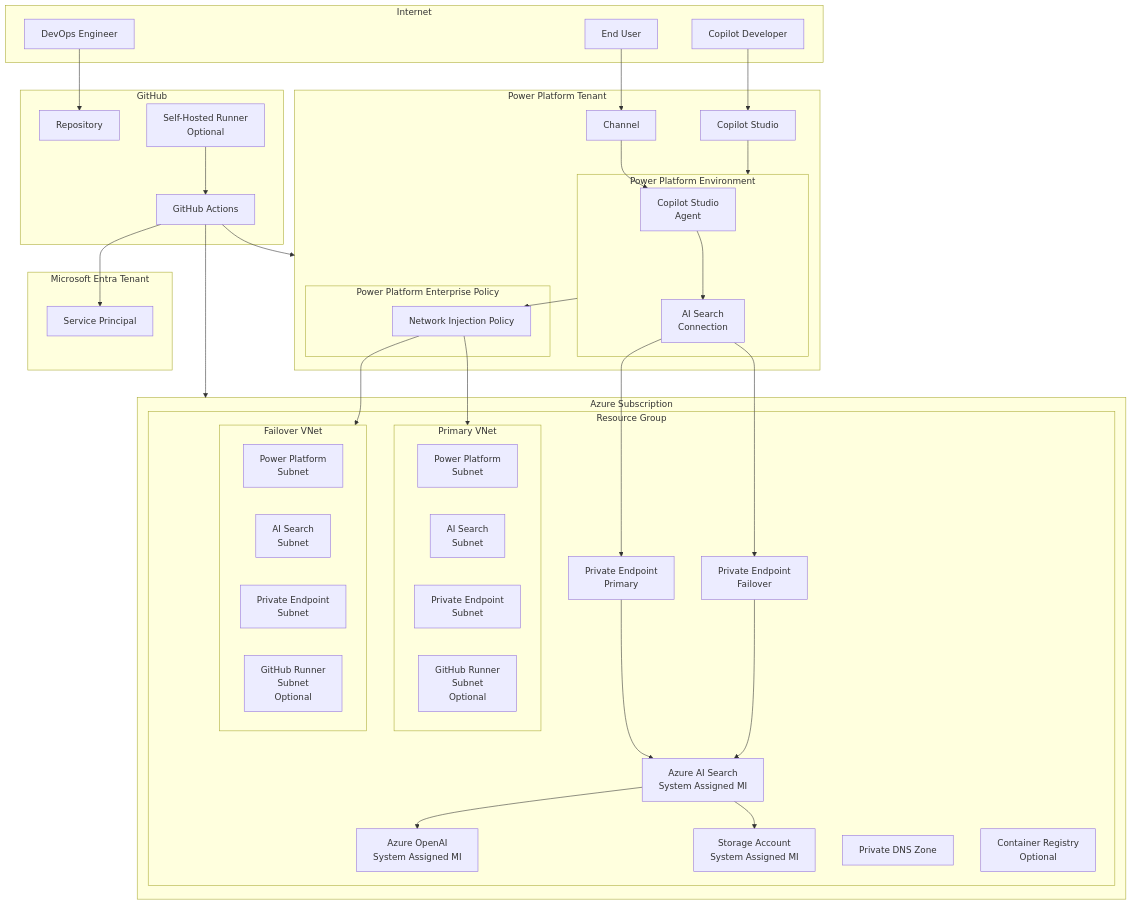
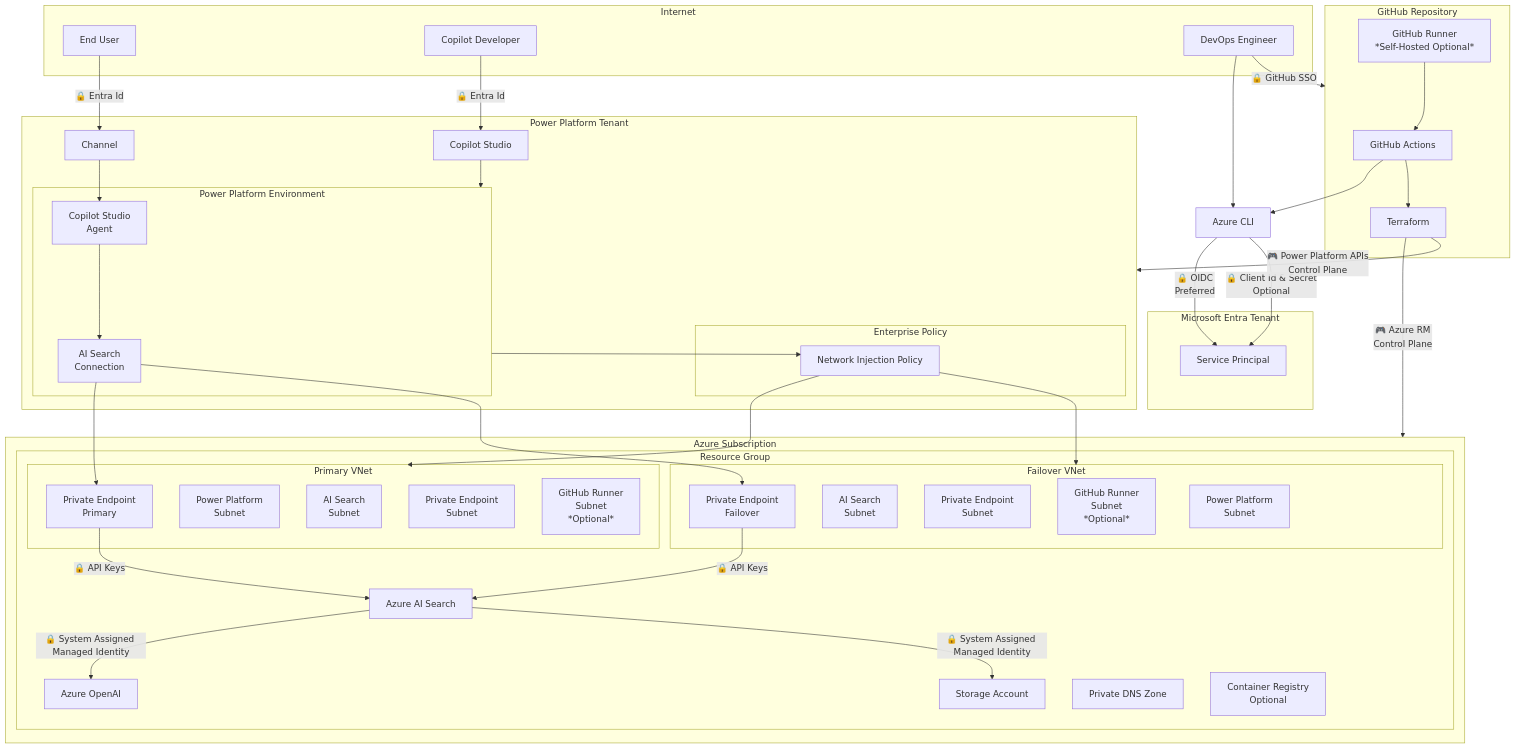
The first of 3 diagrams in docs/security_considerations.md (Azure-Samples/Copilot-Studio-with-Azure-AI-Search), drawn with Mermaid before and after one commit. The commit also changed other lines of this file, not shown here.

Commit message:
docs: update security considerations with quick start checklist and enhanced diagrams

````diff
--- a/docs/security_considerations.md
+++ b/docs/security_considerations.md
@@ -58,37 +59,39 @@
 graph TB
     subgraph "Internet"
         User[End User]
+        Maker[Copilot Developer]
         DevOps[DevOps Engineer]
-        Maker[Copilot Developer]
     end
     
-    subgraph "GitHub"
-        GH_Repo[Repository]
+    subgraph GH_Repo[GitHub Repository]
         GH_Actions[GitHub Actions]
-        GH_Runner[Self-Hosted Runner<br/>Optional]
+        GH_Runner[GitHub Runner<br/>*Self-Hosted Optional*]
+        GH_Terraform[Terraform]
     end
     
     subgraph AZS[Azure Subscription]
         subgraph "Resource Group"
             subgraph PVNET[Primary VNet]
+                PE1[Private Endpoint<br/>Primary]
                 PP_Subnet[Power Platform<br/>Subnet]
                 AIS_Subnet[AI Search<br/>Subnet] 
                 PE_Subnet[Private Endpoint<br/>Subnet]
-                GHR_Subnet[GitHub Runner<br/>Subnet<br/>Optional]
+                GHR_Subnet[GitHub Runner<br/>Subnet<br/>*Optional*]
             end
             
             subgraph FVNET[Failover VNet]
                 PP_Subnet_F[Power Platform<br/>Subnet]
                 AIS_Subnet_F[AI Search<br/>Subnet]
                 PE_Subnet_F[Private Endpoint<br/>Subnet]
-                GHR_Subnet_F[GitHub Runner<br/>Subnet<br/>Optional]
+                GHR_Subnet_F[GitHub Runner<br/>Subnet<br/>*Optional*]
+                PE2[Private Endpoint<br/>Failover]
             end
             
-            AOAI[Azure OpenAI<br/>System Assigned MI]
-            AIS[Azure AI Search<br/>System Assigned MI]
-            Storage[Storage Account<br/>System Assigned MI]
-            PE1[Private Endpoint<br/>Primary]
-            PE2[Private Endpoint<br/>Failover]
+            AOAI[Azure OpenAI]
+            AIS[Azure AI Search]
+            Storage[Storage Account]
+
+            
             DNS[Private DNS Zone]
             ACR[Container Registry<br/>Optional]
         end
@@ -101,7 +104,7 @@
         end
         Channel[Channel]
         MCS[Copilot Studio]
-        subgraph PPEP[Power Platform Enterprise Policy]
+        subgraph PPEP[Enterprise Policy]
             NIP[Network Injection Policy]
         end
     end
@@ -109,27 +112,33 @@
     subgraph "Microsoft Entra Tenant"
         ENTRA_SP[Service Principal]
     end
+
+    AZCLI[Azure CLI]
     
-    Maker --> MCS
+    Maker --> |🔒 Entra Id| MCS
     MCS --> PP_Env
-    User --> Channel
+    User --> |🔒 Entra Id| Channel
     Channel --> CS_Agent
     CS_Agent --> PP_Conn
     PP_Conn --> PE1
     PP_Conn --> PE2
-    PE1 --> AIS
-    PE2 --> AIS
-    AIS --> AOAI
-    AIS --> Storage
+    PE1 -->  |🔒 API Keys| AIS
+    PE2 --> |🔒 API Keys| AIS
+    AIS --> |🔒 System Assigned Managed Identity| AOAI
+    AIS --> |🔒 System Assigned Managed Identity| Storage
     
-    DevOps --> GH_Repo
-    GH_Actions --> AZS
-    GH_Actions --> ENTRA_SP
-    GH_Actions --> PP
+    DevOps --> |🔒 GitHub SSO| GH_Repo
+    DevOps --> AZCLI
+    AZCLI --> |🔒 OIDC <br> Preferred| ENTRA_SP
+    AZCLI --> |🔒 Client Id & Secret <br> Optional| ENTRA_SP
+    GH_Terraform --> |🎮 Azure RM <br> Control Plane| AZS
+    GH_Terraform --> |🎮 Power Platform APIs <br> Control Plane| PP
+    GH_Actions --> AZCLI
     GH_Runner --> GH_Actions
+
+    GH_Actions --> GH_Terraform
 
     NIP --> PVNET
     NIP --> FVNET
     PP_Env --> NIP
-    
 ```
````
